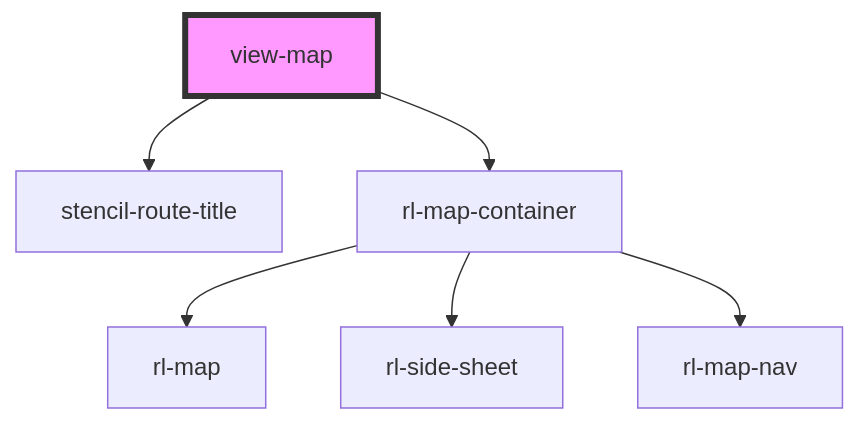
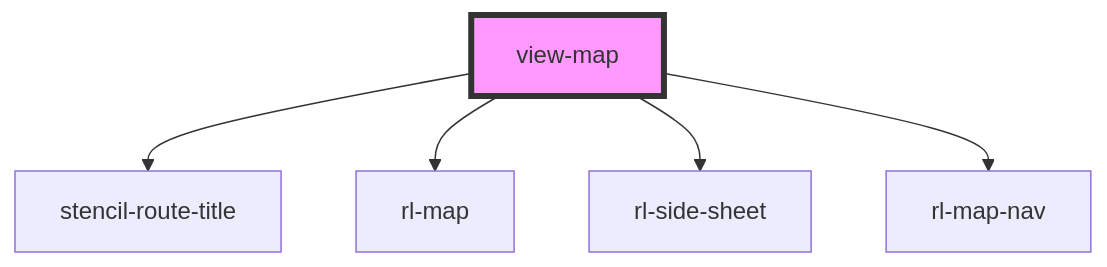
One commit to torontomulibrary/building-info-system changed the diagram in src/views/view-map/readme.md. Above: the diagram before and after it, drawn with Mermaid. The commit also changed other lines of this file and 5 other files, not shown here.

````diff
--- a/src/views/view-map/readme.md
+++ b/src/views/view-map/readme.md
@@ -56,9 +34,8 @@
 ```mermaid
 graph TD;
   view-map --> stencil-route-title
-  view-map --> rl-map-container
-  rl-map-container --> rl-map
-  rl-map-container --> rl-side-sheet
-  rl-map-container --> rl-map-nav
+  view-map --> rl-map
+  view-map --> rl-side-sheet
+  view-map --> rl-map-nav
   style view-map fill:#f9f,stroke:#333,stroke-width:4px
 ```
````
